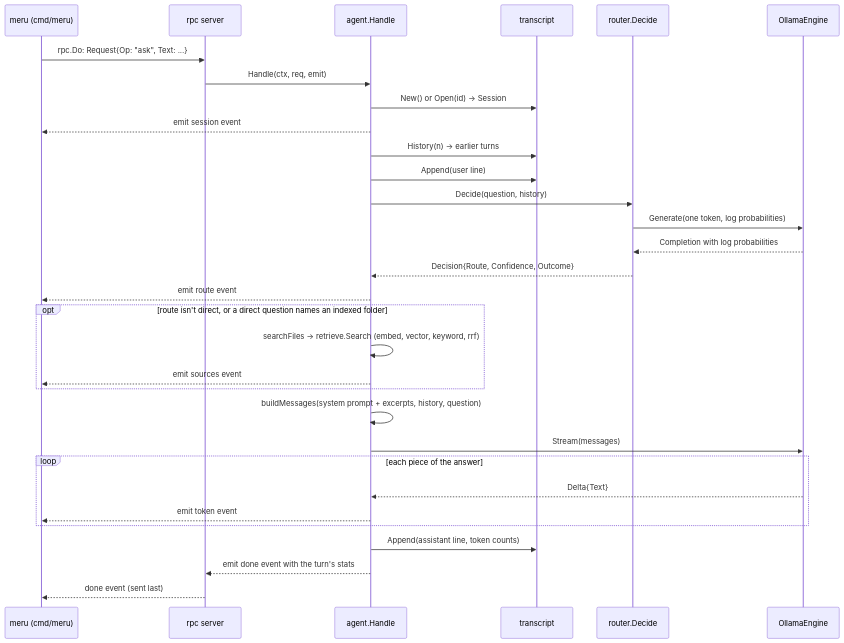
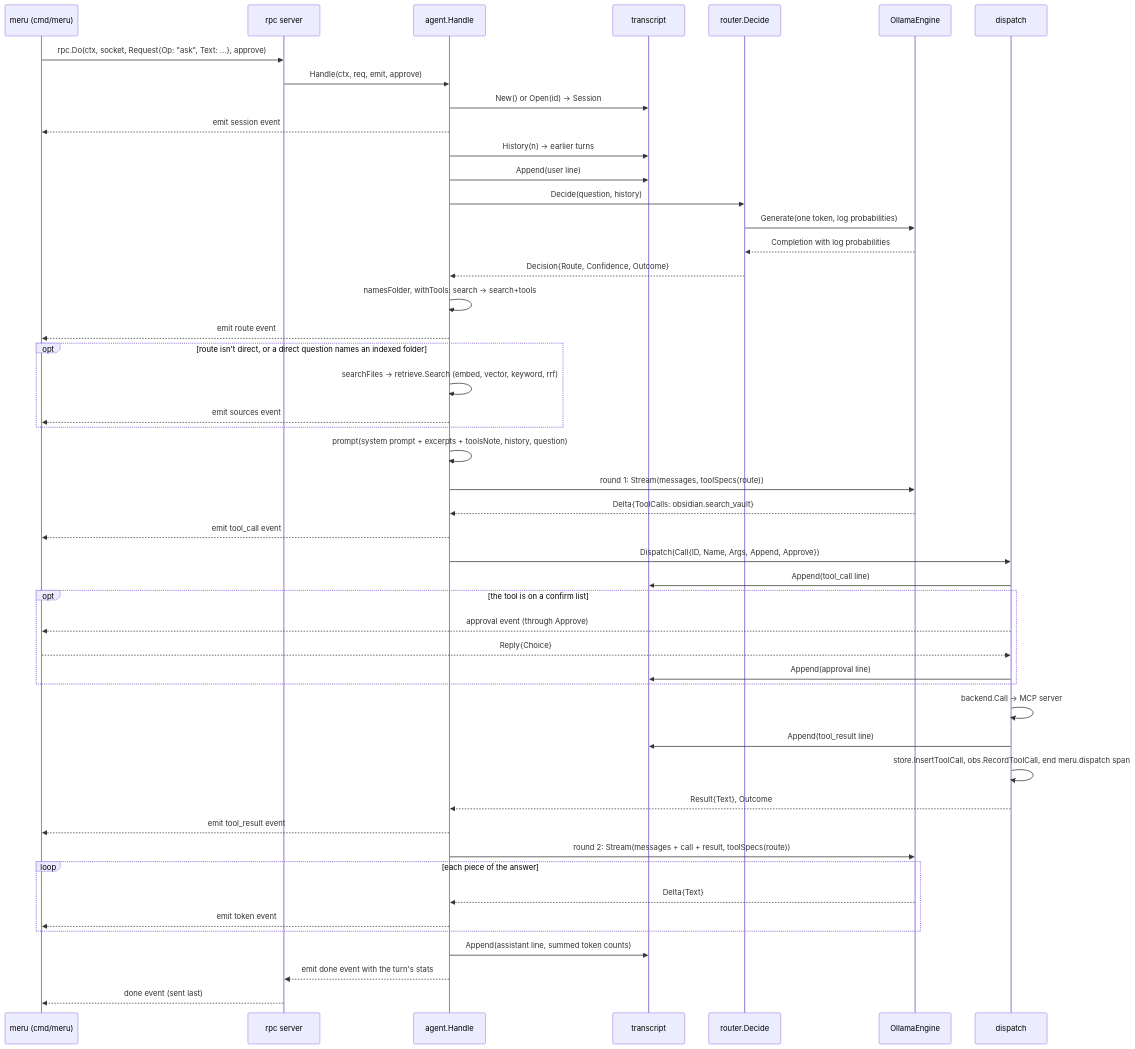
Before and after one commit to aarora79/meru: the third of 3 diagrams in docs/lld.md, drawn with Mermaid. The commit also changed other lines of this file and 11 other files, not shown here.

````diff
--- a/docs/lld.md
+++ b/docs/lld.md
@@ -297,34 +420,51 @@
 ```mermaid
 sequenceDiagram
     participant U as meru (cmd/meru)
     participant S as rpc server
     participant A as agent.Handle
     participant T as transcript
     participant RT as router.Decide
     participant E as OllamaEngine
+    participant D as dispatch
 
-    U->>S: rpc.Do: Request{Op: "ask", Text: ...}
-    S->>A: Handle(ctx, req, emit)
+    U->>S: rpc.Do(ctx, socket, Request{Op: "ask", Text: ...}, approve)
+    S->>A: Handle(ctx, req, emit, approve)
     A->>T: New() or Open(id) → Session
     A-->>U: emit session event
     A->>T: History(n) → earlier turns
     A->>T: Append(user line)
     A->>RT: Decide(question, history)
     RT->>E: Generate(one token, log probabilities)
     E-->>RT: Completion with log probabilities
     RT-->>A: Decision{Route, Confidence, Outcome}
+    A->>A: namesFolder, withTools: search → search+tools
     A-->>U: emit route event
     opt route isn't direct, or a direct question names an indexed folder
         A->>A: searchFiles → retrieve.Search (embed, vector, keyword, rrf)
         A-->>U: emit sources event
     end
-    A->>A: buildMessages(system prompt + excerpts, history, question)
-    A->>E: Stream(messages)
+    A->>A: prompt(system prompt + excerpts + toolsNote, history, question)
+    A->>E: round 1: Stream(messages, toolSpecs(route))
+    E-->>A: Delta{ToolCalls: obsidian.search_vault}
+    A-->>U: emit tool_call event
+    A->>D: Dispatch(Call{ID, Name, Args, Append, Approve})
+    D->>T: Append(tool_call line)
+    opt the tool is on a confirm list
+        D-->>U: approval event (through Approve)
+        U-->>D: Reply{Choice}
+        D->>T: Append(approval line)
+    end
+    D->>D: backend.Call → MCP server
+    D->>T: Append(tool_result line)
+    D->>D: store.InsertToolCall, obs.RecordToolCall, end meru.dispatch span
+    D-->>A: Result{Text}, Outcome
+    A-->>U: emit tool_result event
+    A->>E: round 2: Stream(messages + call + result, toolSpecs(route))
     loop each piece of the answer
         E-->>A: Delta{Text}
         A-->>U: emit token event
     end
-    A->>T: Append(assistant line, token counts)
+    A->>T: Append(assistant line, summed token counts)
     A-->>S: emit done event with the turn's stats
     S-->>U: done event (sent last)
 ```
````
